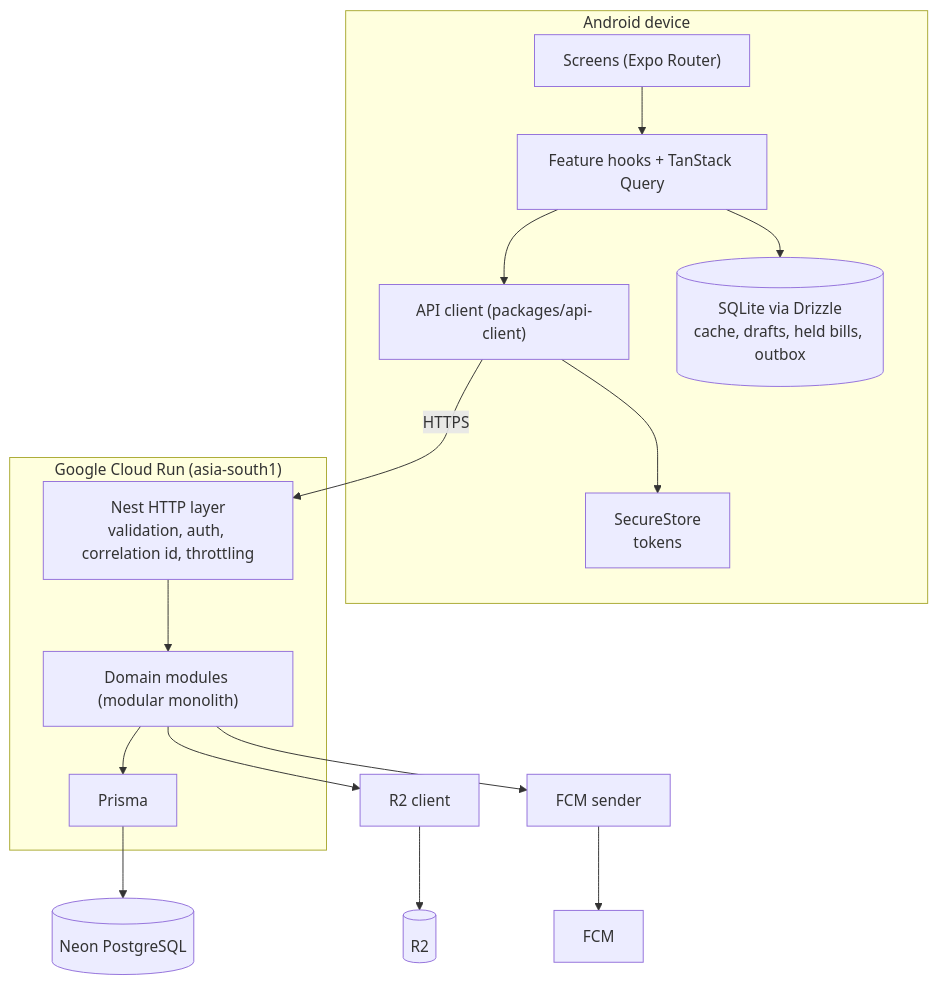
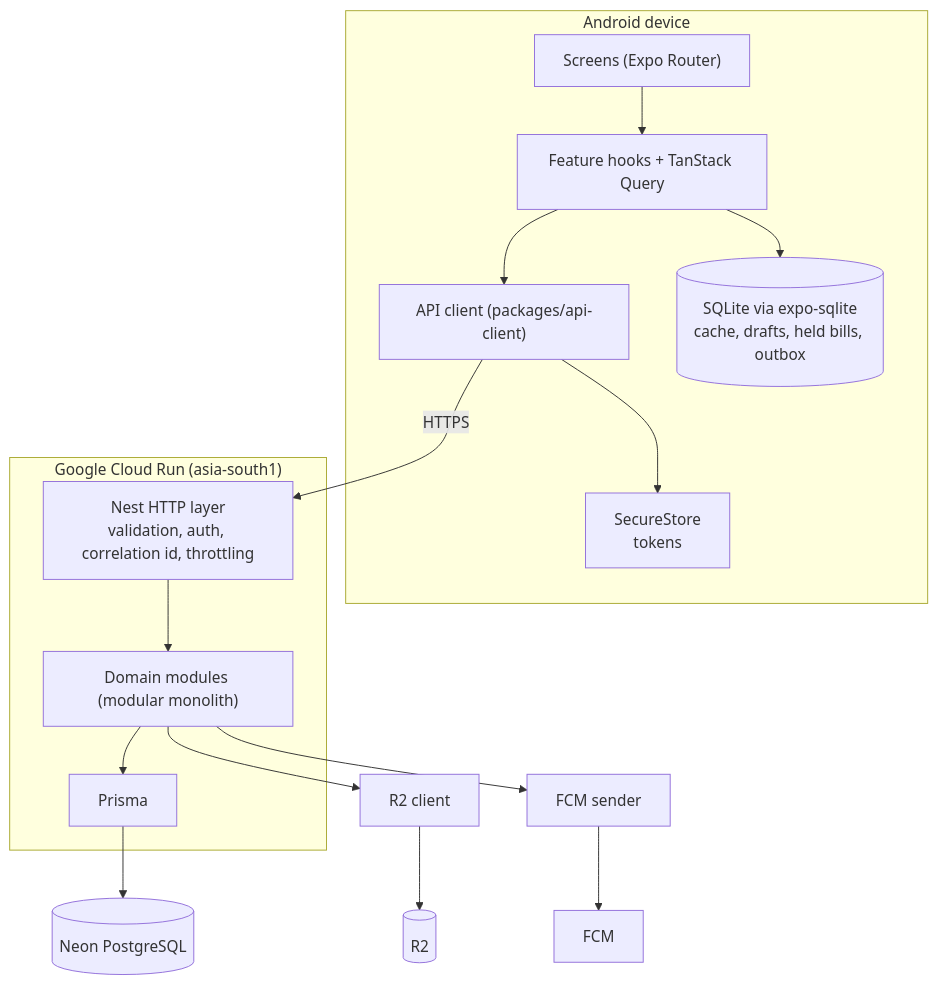
The second of 4 diagrams in docs/architecture/SYSTEM_CONTEXT.md (PJ1914/ksms), drawn with Mermaid before and after one commit. The commit also changed other lines of this file and 75 other files, not shown here.

````diff
--- a/docs/architecture/SYSTEM_CONTEXT.md
+++ b/docs/architecture/SYSTEM_CONTEXT.md
@@ -25,17 +25,17 @@
 ```mermaid
 flowchart TB
   subgraph Device["Android device"]
     UI["Screens (Expo Router)"] --> Feat["Feature hooks + TanStack Query"]
     Feat --> Client["API client (packages/api-client)"]
-    Feat --> Local[("SQLite via Drizzle<br/>cache, drafts, held bills, outbox")]
+    Feat --> Local[("SQLite via expo-sqlite<br/>cache, drafts, held bills, outbox")]
     Client --> Sec["SecureStore<br/>tokens"]
   end
   Client -- HTTPS --> Edge
   subgraph Cloud["Google Cloud Run (asia-south1)"]
     Edge["Nest HTTP layer<br/>validation, auth, correlation id, throttling"] --> Mods["Domain modules (modular monolith)"]
     Mods --> Prisma["Prisma"]
   end
   Prisma --> Neon[("Neon PostgreSQL")]
   Mods --> Storage["R2 client"] --> R2[("R2")]
   Mods --> Push["FCM sender"] --> FCM["FCM"]
 ```
````
